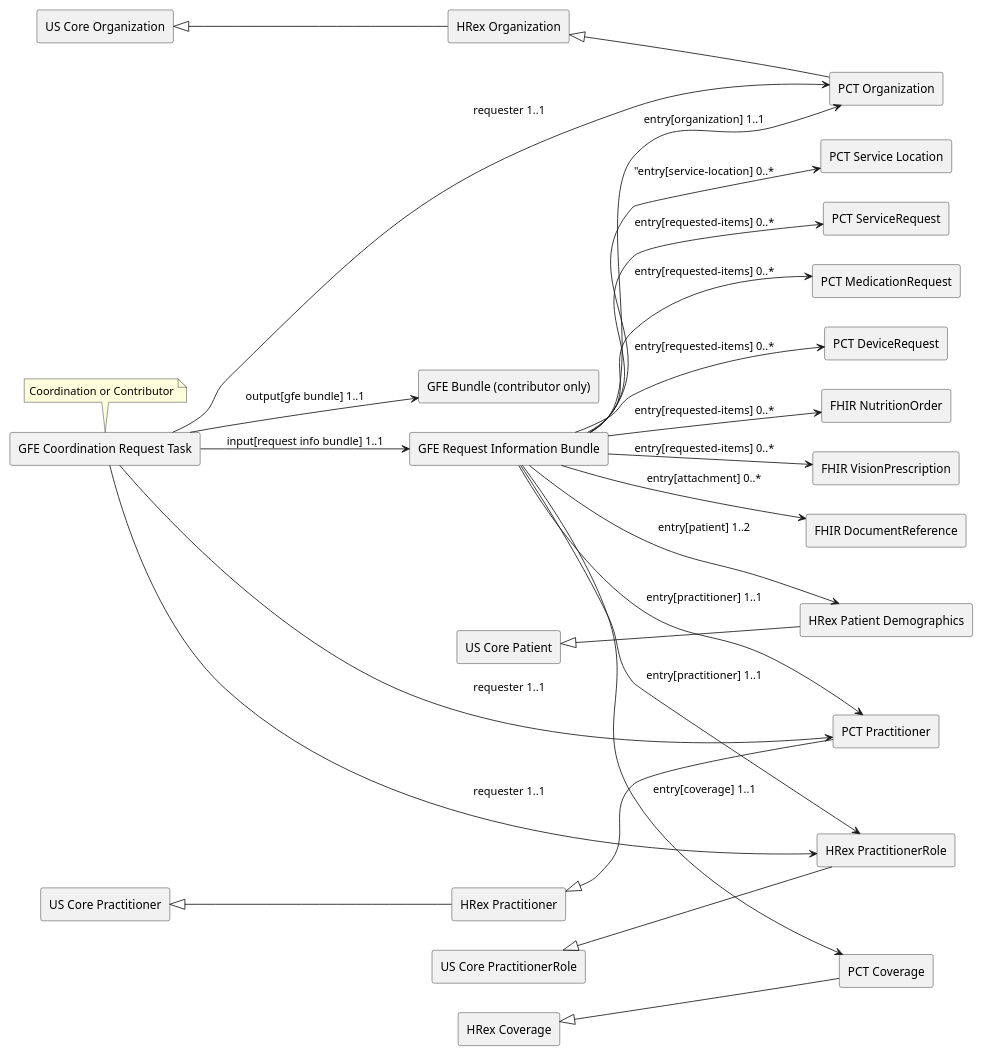
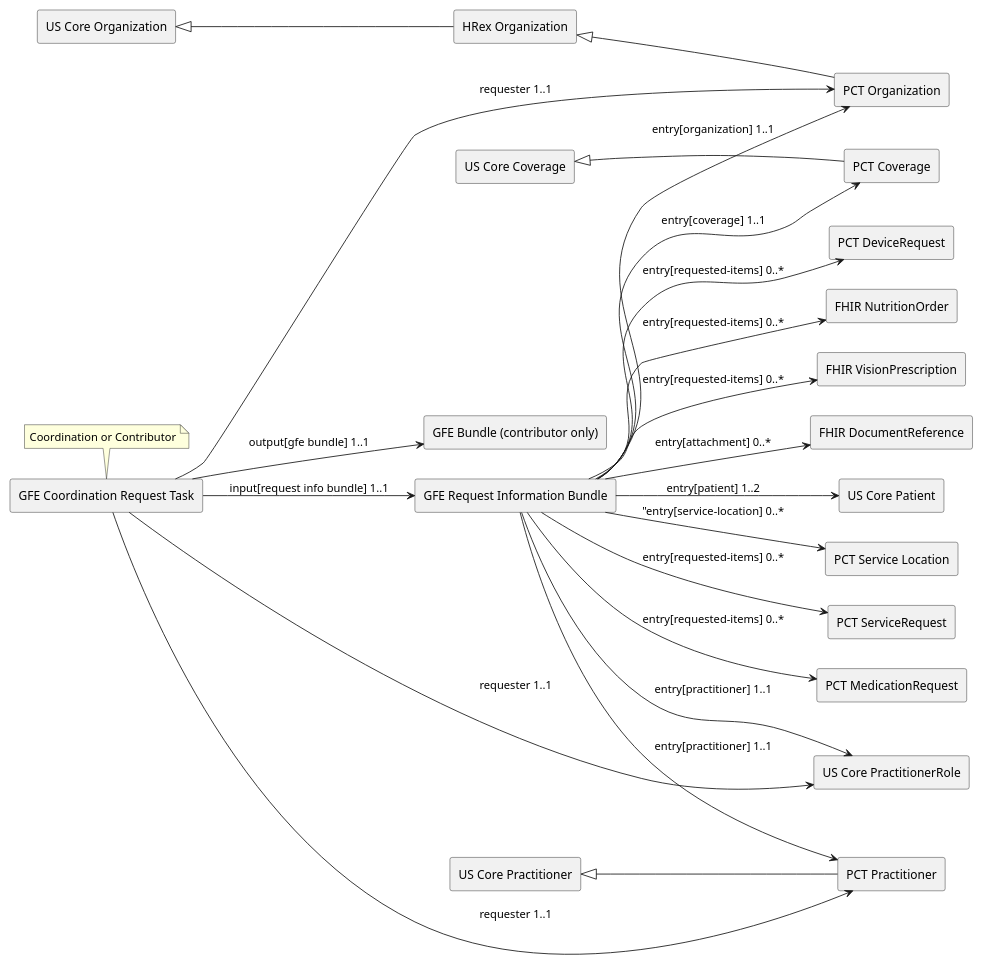
Before and after one commit to HL7/davinci-pct: the diagram in input/images-source/gfe_coordination.plantuml, drawn with PlantUML. The commit also changed 50 other files, not shown here.

```diff
--- a/input/images-source/gfe_coordination.plantuml
+++ b/input/images-source/gfe_coordination.plantuml
@@ -1,59 +1,53 @@
 @startuml
 ' TODO Make Sure the diagram matches the latest profiles
     left to right direction
     scale 1024 width
     agent "PCT Organization" as pctorganization
     agent "HRex Organization" as hrexorganization
     agent "US Core Organization" as uscoreorganization
     agent "PCT Practitioner" as pctpractitioner
-    agent "HRex Practitioner" as hrexpractitioner
-    agent "HRex PractitionerRole" as hrexpractitionerrole
     agent "US Core Practitioner" as uscorepractitioner
     agent "US Core PractitionerRole" as uscorepractitionerrole
     agent "PCT Coverage" as pctcoverage
-    agent "HRex Coverage" as hrexcoverage
+    agent "US Core Coverage" as uscorecoverage
     agent "US Core Patient" as uscorepatient
-    agent "HRex Patient Demographics" as hrexpatient
     agent "GFE Bundle (contributor only)" as gfebundle
     agent "GFE Request Information Bundle" as gferequestinfo
     agent "PCT Service Location" as pctservicelocation
     agent "PCT ServiceRequest" as pctservicerequest
     agent "PCT MedicationRequest" as pctmedicationrequest
     agent "PCT DeviceRequest" as pctdevicerequest
     agent "FHIR NutritionOrder" as nutritionOrder
     agent "FHIR VisionPrescription" as visionprescription
     agent "FHIR DocumentReference" as documentreference
     agent "GFE Coordination Request Task" as gfetask
 	note top: Coordination or Contributor
 
-    hrexcoverage <|-- pctcoverage
-    uscorepatient <|-- hrexpatient
-    uscorepractitioner <|-- hrexpractitioner
-    uscorepractitionerrole <|-- hrexpractitionerrole
-    hrexpractitioner <|-- pctpractitioner
+    uscorecoverage <|-- pctcoverage
+    uscorepractitioner <|-- pctpractitioner
     uscoreorganization <|-- hrexorganization
     hrexorganization <|-- pctorganization
     
     
     gfetask --> pctpractitioner: "requester 1..1"
-    gfetask --> hrexpractitionerrole: "requester 1..1"
+    gfetask --> uscorepractitionerrole: "requester 1..1"
     gfetask --> pctorganization: "requester 1..1"
     gfetask --> gferequestinfo: "input[request info bundle] 1..1"
     gfetask --> gfebundle: "output[gfe bundle] 1..1"
     
 
     
-	gferequestinfo --> hrexpatient: "entry[patient] 1..2"
+	gferequestinfo --> uscorepatient: "entry[patient] 1..2"
 	gferequestinfo --> pctcoverage: "entry[coverage] 1..1"
     gferequestinfo --> pctservicelocation : "entry[service-location] 0..*
     gferequestinfo --> pctorganization: "entry[organization] 1..1"
     gferequestinfo --> pctpractitioner: "entry[practitioner] 1..1"
-    gferequestinfo --> hrexpractitionerrole: "entry[practitioner] 1..1"
+    gferequestinfo --> uscorepractitionerrole: "entry[practitioner] 1..1"
 
     gferequestinfo --> pctservicerequest: "entry[requested-items] 0..*"
     gferequestinfo --> pctmedicationrequest: "entry[requested-items] 0..*"
     gferequestinfo --> pctdevicerequest: "entry[requested-items] 0..*"
     gferequestinfo --> nutritionOrder: "entry[requested-items] 0..*"
     gferequestinfo --> visionprescription: "entry[requested-items] 0..*"
     gferequestinfo --> documentreference: "entry[attachment] 0..*"
 @enduml
```
